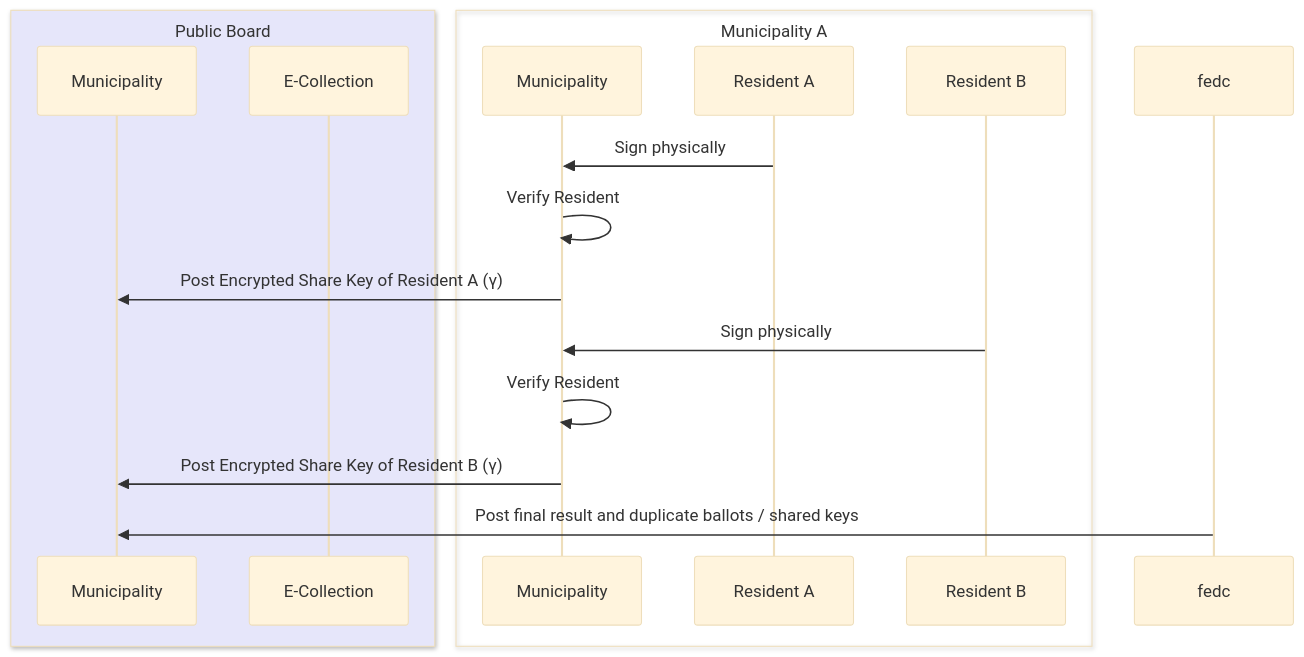
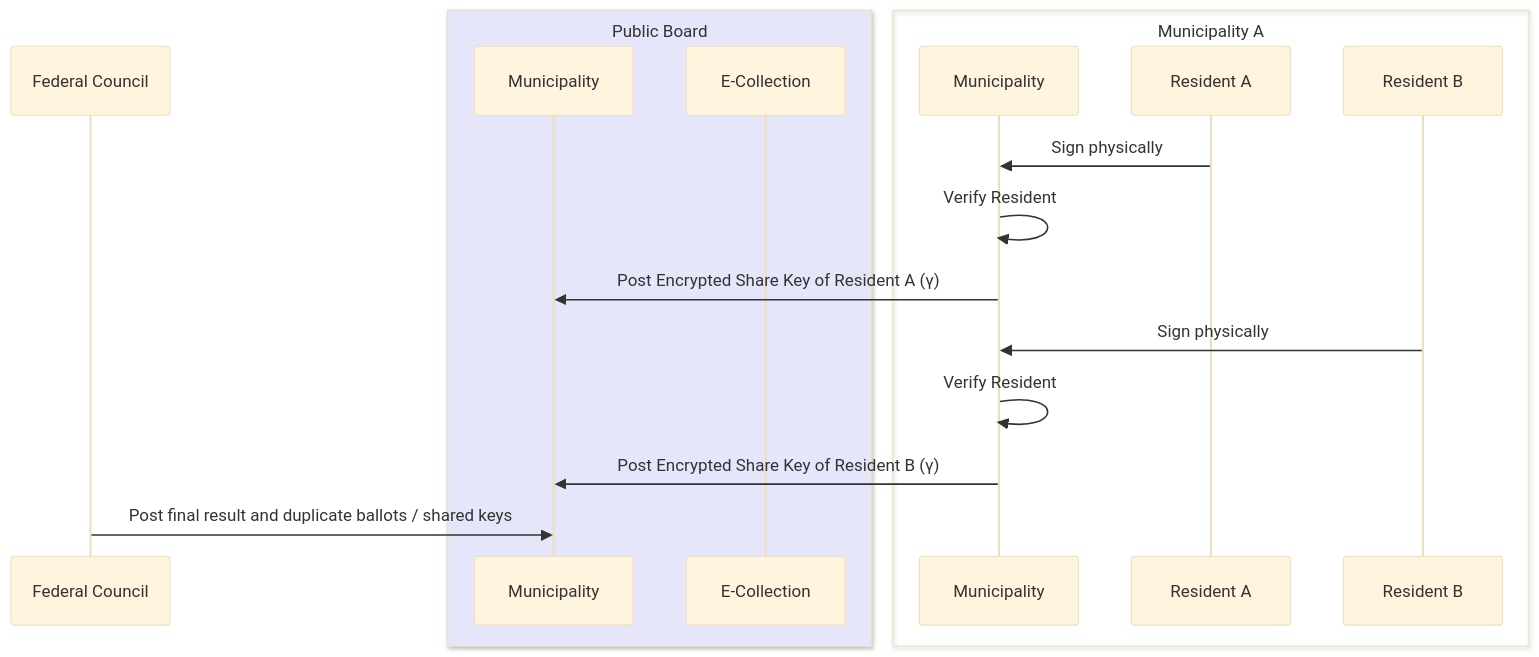
Before and after one commit to swiss/e-collecting-hackathon-team6: the diagram in docs/diagrams/physicalOnly.mermaid, drawn with Mermaid (base theme). The commit also changed 1 other file, not shown here.

Commit message:
doc: Add Readme file to the diagrams folder

```diff
--- a/docs/diagrams/physicalOnly.mermaid
+++ b/docs/diagrams/physicalOnly.mermaid
@@ -1,20 +1,21 @@
 sequenceDiagram
+    participant fedc as Federal Council
     box rgb(230,230,250) Public Board
         participant boardmun as Municipality
         participant boardecol as E-Collection
     end
     
     box Municipality A
         participant muna as Municipality
         participant resa as Resident A
         participant resb as Resident B
     end
 
     resa->>muna: Sign physically
     muna->>muna: Verify Resident
     muna->>boardmun: Post Encrypted Share Key of Resident A (γ)
 
     resb->>muna: Sign physically
     muna->>muna: Verify Resident
     muna->>boardmun: Post Encrypted Share Key of Resident B (γ)
     fedc->>boardmun: Post final result and duplicate ballots / shared keys
```
